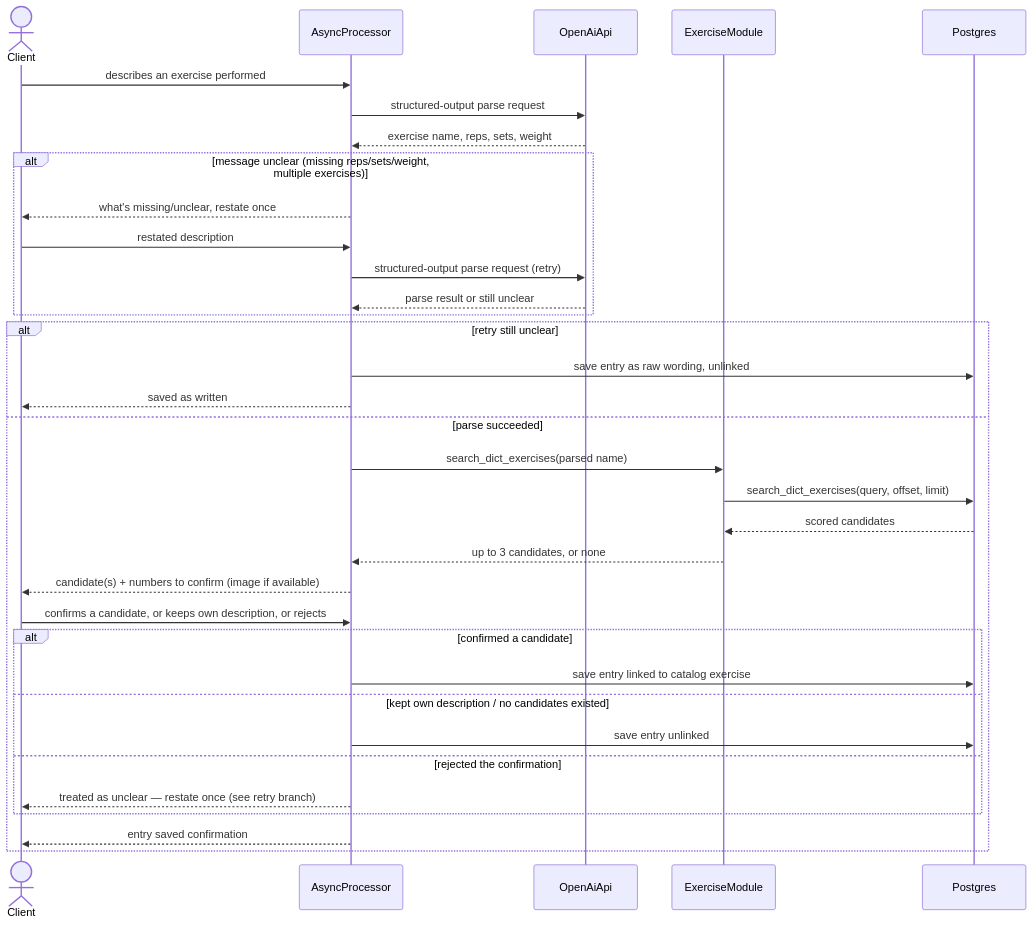
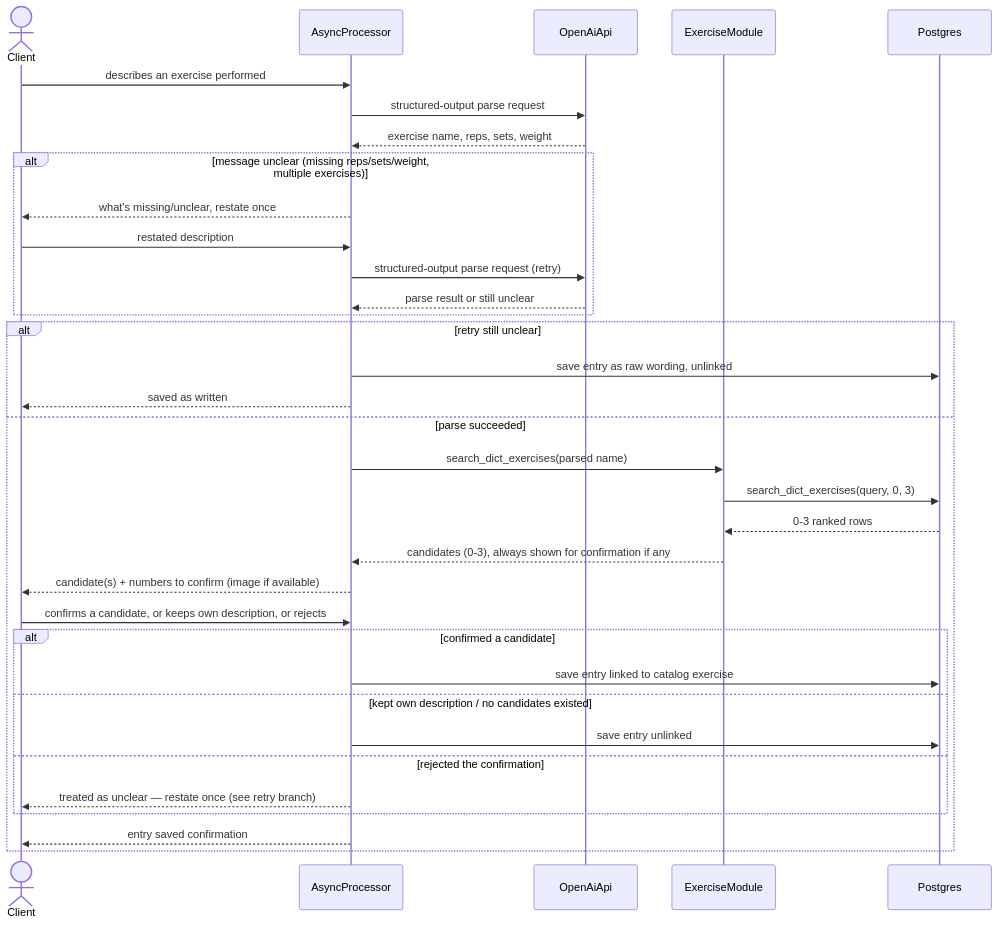
Before and after one commit to v-kyrychenko/ka4-today-bot: the third of 4 diagrams in docs/features/workout-logging/sad.md, drawn with Mermaid. The commit also changed other lines of this file and 2 other files, not shown here.

````diff
--- a/docs/features/workout-logging/sad.md
+++ b/docs/features/workout-logging/sad.md
@@ -152,36 +152,36 @@
 ```mermaid
 sequenceDiagram
     actor Client
     participant AsyncProcessor
     participant OpenAiApi
     participant ExerciseModule
     participant Postgres
     Client->>AsyncProcessor: describes an exercise performed
     AsyncProcessor->>OpenAiApi: structured-output parse request
     OpenAiApi-->>AsyncProcessor: exercise name, reps, sets, weight
     alt message unclear (missing reps/sets/weight, multiple exercises)
         AsyncProcessor-->>Client: what's missing/unclear, restate once
         Client->>AsyncProcessor: restated description
         AsyncProcessor->>OpenAiApi: structured-output parse request (retry)
         OpenAiApi-->>AsyncProcessor: parse result or still unclear
     end
     alt retry still unclear
         AsyncProcessor->>Postgres: save entry as raw wording, unlinked
         AsyncProcessor-->>Client: saved as written
     else parse succeeded
         AsyncProcessor->>ExerciseModule: search_dict_exercises(parsed name)
-        ExerciseModule->>Postgres: search_dict_exercises(query, offset, limit)
-        Postgres-->>ExerciseModule: scored candidates
-        ExerciseModule-->>AsyncProcessor: up to 3 candidates, or none
+        ExerciseModule->>Postgres: search_dict_exercises(query, 0, 3)
+        Postgres-->>ExerciseModule: 0-3 ranked rows
+        ExerciseModule-->>AsyncProcessor: candidates (0-3), always shown for confirmation if any
         AsyncProcessor-->>Client: candidate(s) + numbers to confirm (image if available)
         Client->>AsyncProcessor: confirms a candidate, or keeps own description, or rejects
         alt confirmed a candidate
             AsyncProcessor->>Postgres: save entry linked to catalog exercise
         else kept own description / no candidates existed
             AsyncProcessor->>Postgres: save entry unlinked
         else rejected the confirmation
             AsyncProcessor-->>Client: treated as unclear — restate once (see retry branch)
         end
         AsyncProcessor-->>Client: entry saved confirmation
     end
 ```
````
